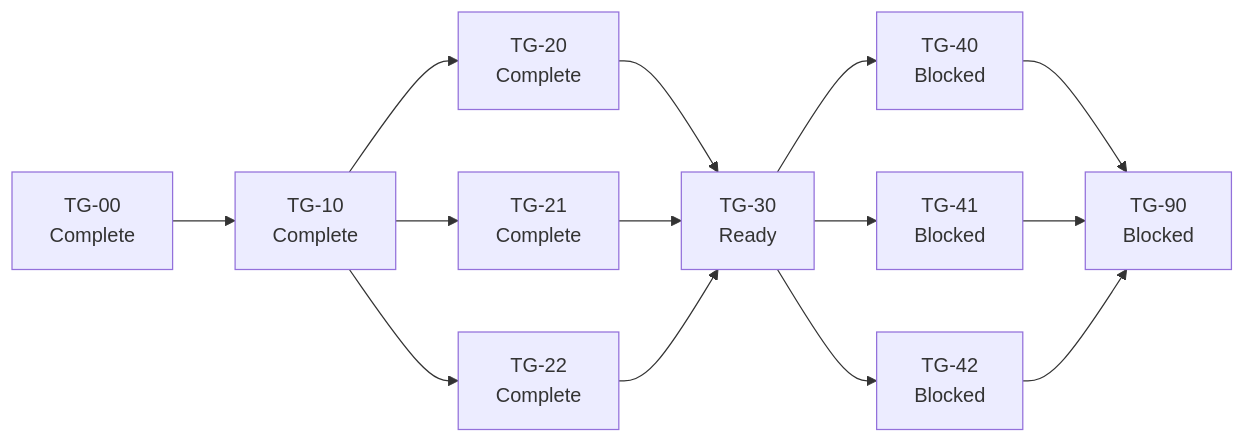
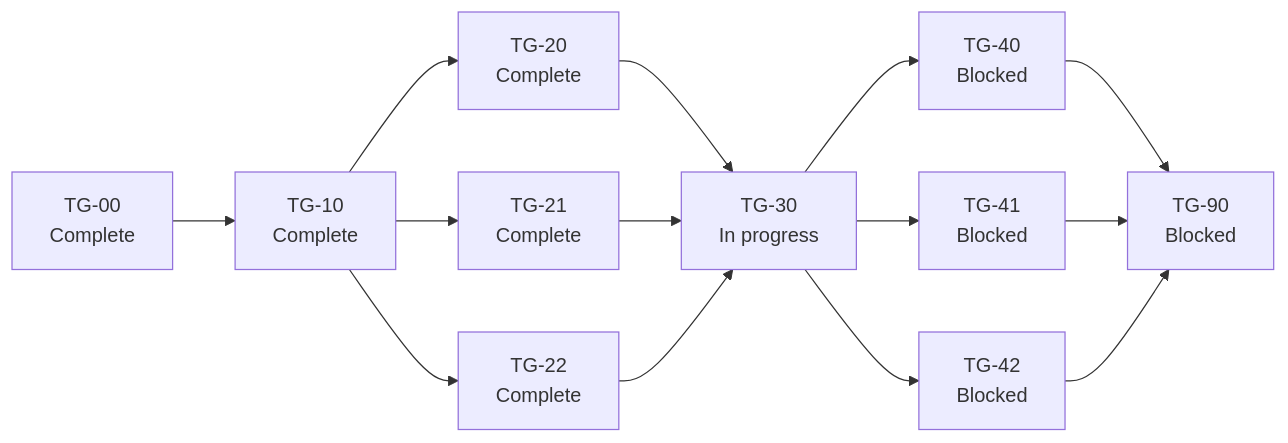
Before and after one commit to vatsalsaglani/rafu: the diagram in docs/plans/phases/terminal-groups/manifest.md, drawn with Mermaid. The commit also changed other lines of this file, not shown here.

Commit message:
docs: start TG-30 lane

````diff
--- a/docs/plans/phases/terminal-groups/manifest.md
+++ b/docs/plans/phases/terminal-groups/manifest.md
@@ -9,27 +9,27 @@
 ```mermaid
 flowchart LR
     D["TG-00<br/>Complete"]
     C["TG-10<br/>Complete"]
     R["TG-20<br/>Complete"]
     V["TG-21<br/>Complete"]
     S["TG-22<br/>Complete"]
-    W["TG-30<br/>Ready"]
+    W["TG-30<br/>In progress"]
     M["TG-40<br/>Blocked"]
     K["TG-41<br/>Blocked"]
     A["TG-42<br/>Blocked"]
     Q["TG-90<br/>Blocked"]
 
     D --> C
     C --> R
     C --> V
     C --> S
     R --> W
     V --> W
     S --> W
     W --> M
     W --> K
     W --> A
     M --> Q
     K --> Q
     A --> Q
 ```
````
